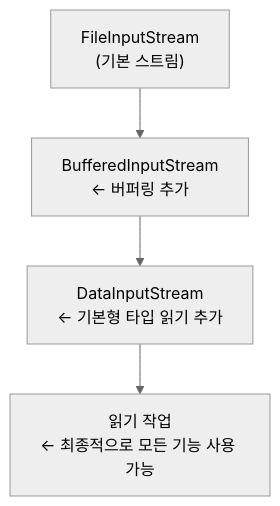
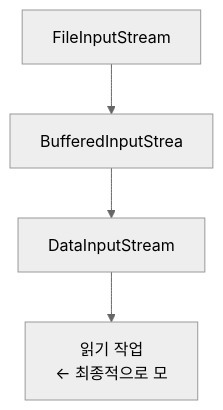
The fifth of 11 diagrams in _posts/java/2026-05-01-java-io.md (yjkim2015/yjkim2015.github.io), drawn with Mermaid (neutral theme) before and after one commit. The commit also changed other lines of this file and 271 other files, not shown here.

First line of the commit message:
Mermaid 라벨 축소: 긴 노드 텍스트 18자 이하로 트림 + \n 제거

````diff
--- a/_posts/java/2026-05-01-java-io.md
+++ b/_posts/java/2026-05-01-java-io.md
@@ -98,8 +98,8 @@
 ```mermaid
 graph TD
-    FIS["FileInputStream<br>(기본 스트림)"]
-    BIS["BufferedInputStream<br>← 버퍼링 추가"]
-    DIS["DataInputStream<br>← 기본형 타입 읽기 추가"]
-    READ["읽기 작업<br>← 최종적으로 모든 기능 사용 가능"]
+    FIS["FileInputStream<br"]
+    BIS["BufferedInputStrea"]
+    DIS["DataInputStream<br"]
+    READ["읽기 작업<br>← 최종적으로 모"]
     FIS --> BIS --> DIS --> READ
 ```
````
